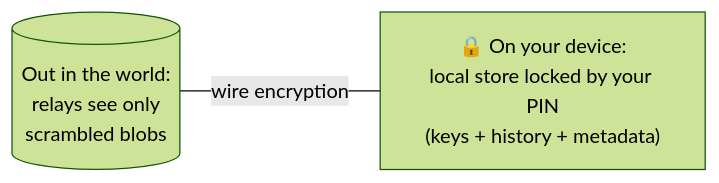
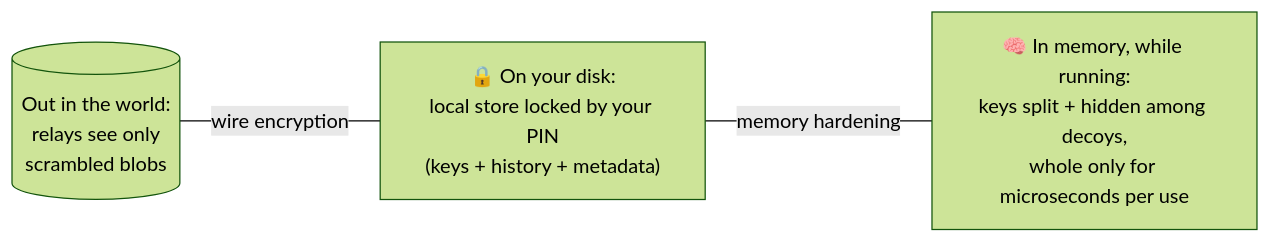
One commit to VectorPrivacy/Vector changed diagram 13 of 13 in docs/concord/README.md. Above: the diagram before and after it, drawn with Mermaid (forest theme). The commit also changed other lines of this file, not shown here.

Commit message:
docs(concord): correct the device-vault section — three walls, not two
The "Your device is a vault too" section claimed keys are "necessarily
readable in memory" once unlocked and described only two walls (wire +
at-rest). That undersells the actual third layer: the memory-hardened
GuardedKey vault splits each key into shares scattered among 128 decoy
arrays, reassembling a whole key only for microseconds per signing/decrypt.
Rewrite to three walls, add the in-memory node to the diagram, link the
full memory-security threat model, and keep the honest caveat (a privileged
in-process attacker during the microsecond window, PIN strength).

````diff
--- a/docs/concord/README.md
+++ b/docs/concord/README.md
@@ -413,6 +413,8 @@
 ```mermaid
 flowchart LR
     relays[("Out in the world:<br/>relays see only<br/>scrambled blobs")]
-    vault["🔒 On your device:<br/>local store locked by your PIN<br/>(keys + history + metadata)"]
-    relays ---|"wire encryption"| vault
+    disk["🔒 On your disk:<br/>local store locked by your PIN<br/>(keys + history + metadata)"]
+    mem["🧠 In memory, while running:<br/>keys split + hidden among decoys,<br/>whole only for microseconds per use"]
+    relays ---|"wire encryption"| disk
+    disk ---|"memory hardening"| mem
 ```
````
